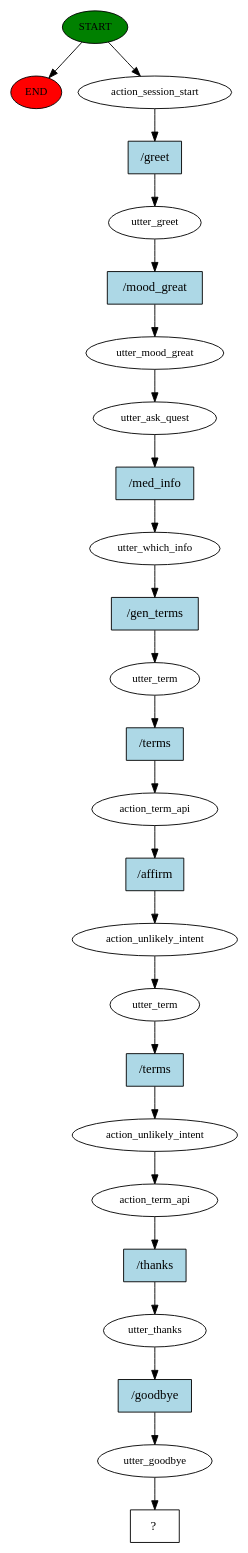
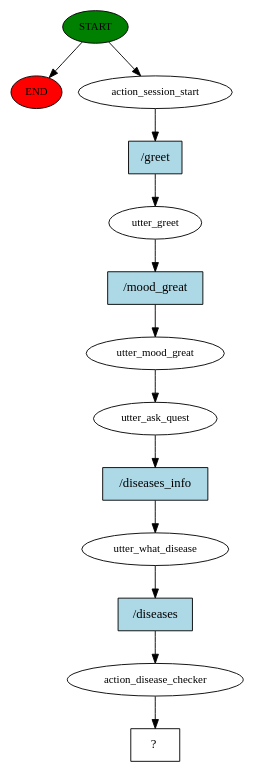
One commit to mebaidoo/Medical-Chatbot-Capstone changed the diagram in story_graph.dot. Above: the diagram before and after it, drawn with Graphviz. The commit also changed 355 other files, not shown here.

```diff
--- a/story_graph.dot
+++ b/story_graph.dot
@@ -1,51 +1,27 @@
 digraph  {
 0 [class="start active", fillcolor=green, fontsize=12, label=START, style=filled];
 "-1" [class=end, fillcolor=red, fontsize=12, label=END, style=filled];
 1 [class=active, fontsize=12, label=action_session_start];
 2 [class=active, fontsize=12, label=utter_greet];
 3 [class=active, fontsize=12, label=utter_mood_great];
 4 [class=active, fontsize=12, label=utter_ask_quest];
-5 [class=active, fontsize=12, label=utter_which_info];
-6 [class=active, fontsize=12, label=utter_term];
-7 [class=active, fontsize=12, label=action_term_api];
-8 [class=active, fontsize=12, label=action_unlikely_intent];
-9 [class=active, fontsize=12, label=utter_term];
-10 [class=active, fontsize=12, label=action_unlikely_intent];
-11 [class=active, fontsize=12, label=action_term_api];
-12 [class=active, fontsize=12, label=utter_thanks];
-13 [class=active, fontsize=12, label=utter_goodbye];
-14 [class="intent dashed active", label="  ?  ", shape=rect];
-15 [class="intent active", fillcolor=lightblue, label="/greet", shape=rect, style=filled];
-16 [class="intent active", fillcolor=lightblue, label="/mood_great", shape=rect, style=filled];
-17 [class="intent active", fillcolor=lightblue, label="/med_info", shape=rect, style=filled];
-18 [class="intent active", fillcolor=lightblue, label="/gen_terms", shape=rect, style=filled];
-19 [class="intent active", fillcolor=lightblue, label="/terms", shape=rect, style=filled];
-20 [class="intent active", fillcolor=lightblue, label="/affirm", shape=rect, style=filled];
-21 [class="intent active", fillcolor=lightblue, label="/terms", shape=rect, style=filled];
-22 [class="intent active", fillcolor=lightblue, label="/thanks", shape=rect, style=filled];
-23 [class="intent active", fillcolor=lightblue, label="/goodbye", shape=rect, style=filled];
+5 [class=active, fontsize=12, label=utter_what_disease];
+6 [class=active, fontsize=12, label=action_disease_checker];
+7 [class="intent dashed active", label="  ?  ", shape=rect];
+8 [class="intent active", fillcolor=lightblue, label="/greet", shape=rect, style=filled];
+9 [class="intent active", fillcolor=lightblue, label="/mood_great", shape=rect, style=filled];
+10 [class="intent active", fillcolor=lightblue, label="/diseases_info", shape=rect, style=filled];
+11 [class="intent active", fillcolor=lightblue, label="/diseases", shape=rect, style=filled];
 0 -> "-1"  [class="", key=NONE, label=""];
 0 -> 1  [class=active, key=NONE, label=""];
-1 -> 15  [class=active, key=0];
-2 -> 16  [class=active, key=0];
+1 -> 8  [class=active, key=0];
+2 -> 9  [class=active, key=0];
 3 -> 4  [class=active, key=NONE, label=""];
-4 -> 17  [class=active, key=0];
-5 -> 18  [class=active, key=0];
-6 -> 19  [class=active, key=0];
-7 -> 20  [class=active, key=0];
-8 -> 9  [class=active, key=NONE, label=""];
-9 -> 21  [class=active, key=0];
-10 -> 11  [class=active, key=NONE, label=""];
-11 -> 22  [class=active, key=0];
-12 -> 23  [class=active, key=0];
-13 -> 14  [class=active, key=NONE, label=""];
-15 -> 2  [class=active, key=0];
-16 -> 3  [class=active, key=0];
-17 -> 5  [class=active, key=0];
-18 -> 6  [class=active, key=0];
-19 -> 7  [class=active, key=0];
-20 -> 8  [class=active, key=0];
-21 -> 10  [class=active, key=0];
-22 -> 12  [class=active, key=0];
-23 -> 13  [class=active, key=0];
+4 -> 10  [class=active, key=0];
+5 -> 11  [class=active, key=0];
+6 -> 7  [class=active, key=NONE, label=""];
+8 -> 2  [class=active, key=0];
+9 -> 3  [class=active, key=0];
+10 -> 5  [class=active, key=0];
+11 -> 6  [class=active, key=0];
 }
```
